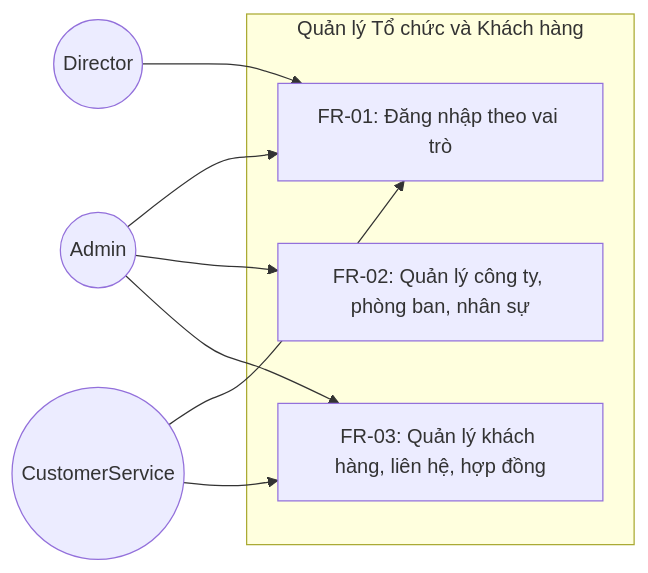
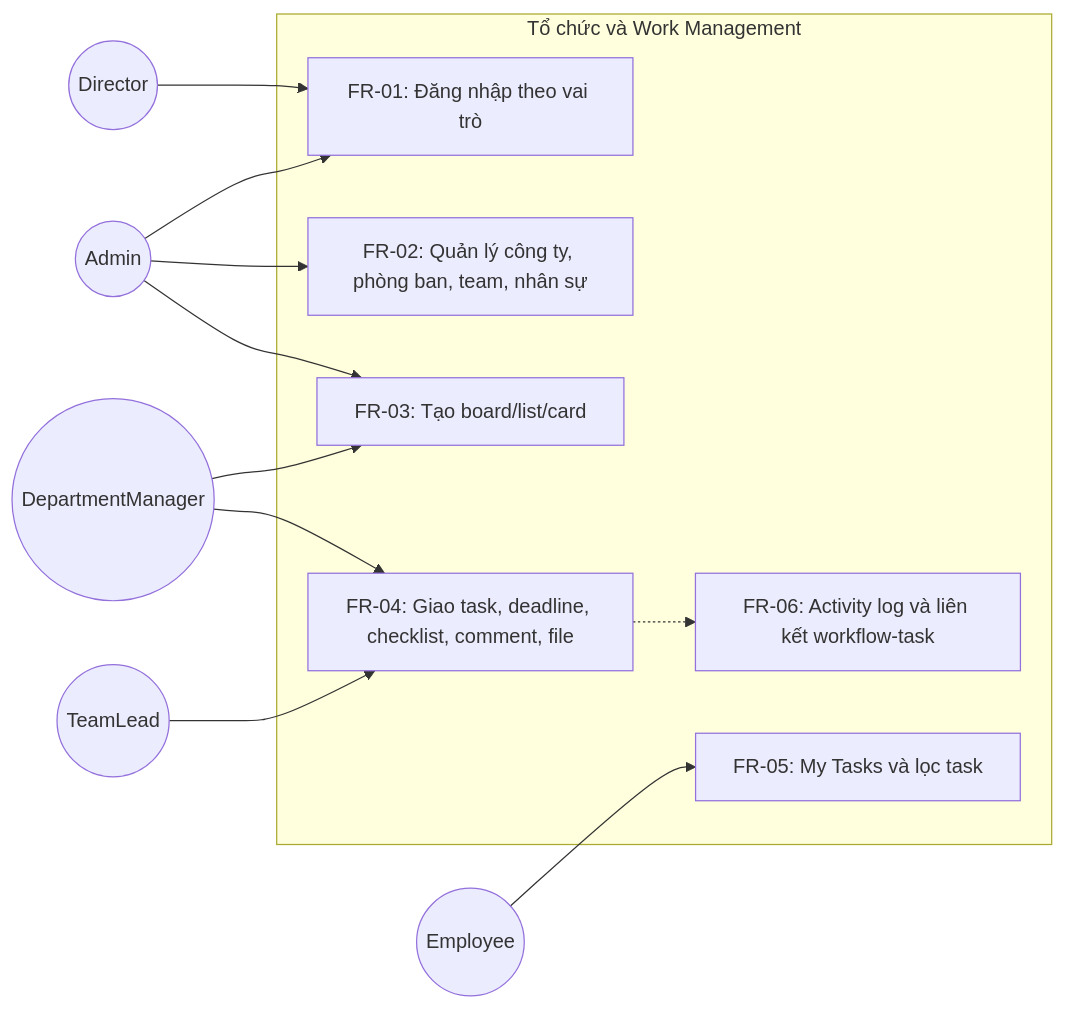
One commit to quanptatb/OmniBizAI changed the first of 8 diagrams in docs/02-Academic-Report.md. Above: the diagram before and after it, drawn with Mermaid. The commit also changed other lines of this file and 7 other files, not shown here.

````diff
--- a/docs/02-Academic-Report.md
+++ b/docs/02-Academic-Report.md
@@ -296,19 +312,27 @@
 ```mermaid
 graph LR
     Admin((Admin))
     Director((Director))
-    CS((CustomerService))
+    DM((DepartmentManager))
+    TL((TeamLead))
+    Emp((Employee))
 
-    subgraph "Quản lý Tổ chức và Khách hàng"
+    subgraph "Tổ chức và Work Management"
         UC01["FR-01: Đăng nhập theo vai trò"]
-        UC02["FR-02: Quản lý công ty, phòng ban, nhân sự"]
-        UC03["FR-03: Quản lý khách hàng, liên hệ, hợp đồng"]
+        UC02["FR-02: Quản lý công ty, phòng ban, team, nhân sự"]
+        UC03["FR-03: Tạo board/list/card"]
+        UC04["FR-04: Giao task, deadline, checklist, comment, file"]
+        UC05["FR-05: My Tasks và lọc task"]
+        UC06["FR-06: Activity log và liên kết workflow-task"]
     end
 
     Admin --> UC01
     Admin --> UC02
     Admin --> UC03
     Director --> UC01
-    CS --> UC01
-    CS --> UC03
+    DM --> UC03
+    DM --> UC04
+    TL --> UC04
+    Emp --> UC05
+    UC04 -.-> UC06
 ```
````
